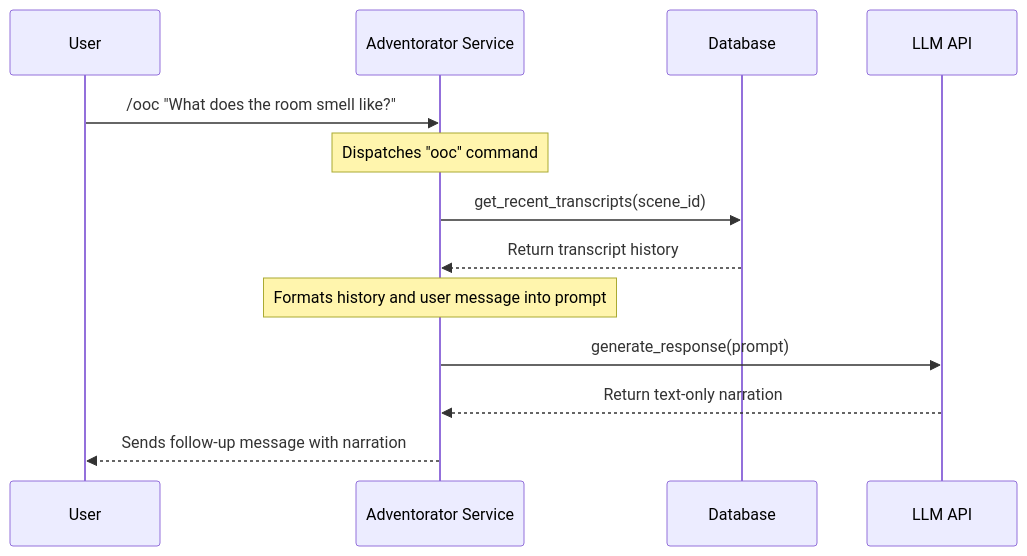
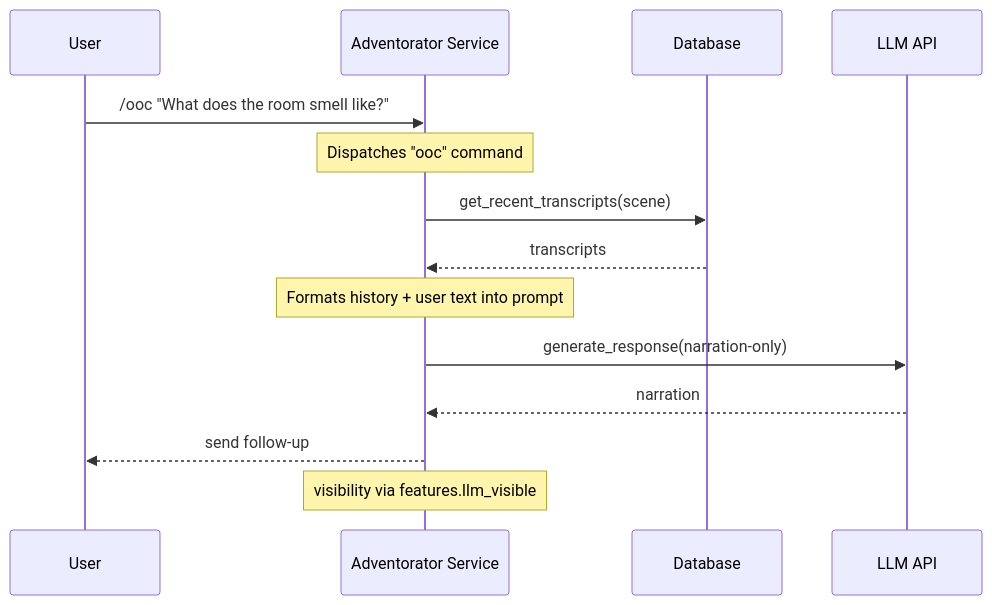
One commit to crashtestbrandt/Adventorator changed the fourth of 4 diagrams in README.md. Above: the diagram before and after it, drawn with Mermaid. The commit also changed other lines of this file and 5 other files, not shown here.

````diff
--- a/README.md
+++ b/README.md
@@ -226,21 +293,22 @@
 ```mermaid
 sequenceDiagram
   participant User
   participant App as Adventorator Service
   participant DB as Database
   participant LLM as LLM API
 
   User->>App: /ooc "What does the room smell like?"
-  
+
   Note over App: Dispatches "ooc" command
-  
-  App->>DB: get_recent_transcripts(scene_id)
-  DB-->>App: Return transcript history
-  
-  Note over App: Formats history and user message into prompt
-  
-  App->>LLM: generate_response(prompt)
-  LLM-->>App: Return text-only narration
-  
-  App-->>User: Sends follow-up message with narration
+
+  App->>DB: get_recent_transcripts(scene)
+  DB-->>App: transcripts
+
+  Note over App: Formats history + user text into prompt
+
+  App->>LLM: generate_response(narration-only)
+  LLM-->>App: narration
+
+  App-->>User: send follow-up
+  Note over App: visibility via features.llm_visible
 ```
````
